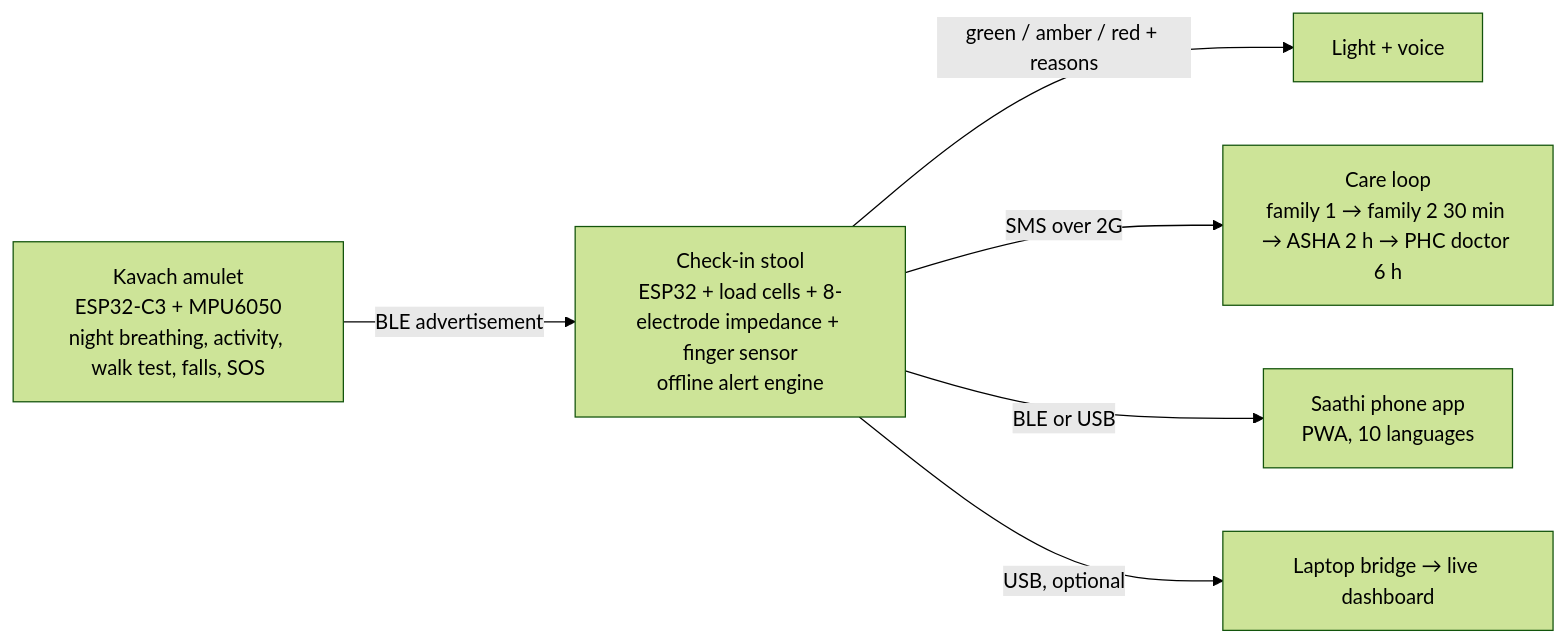
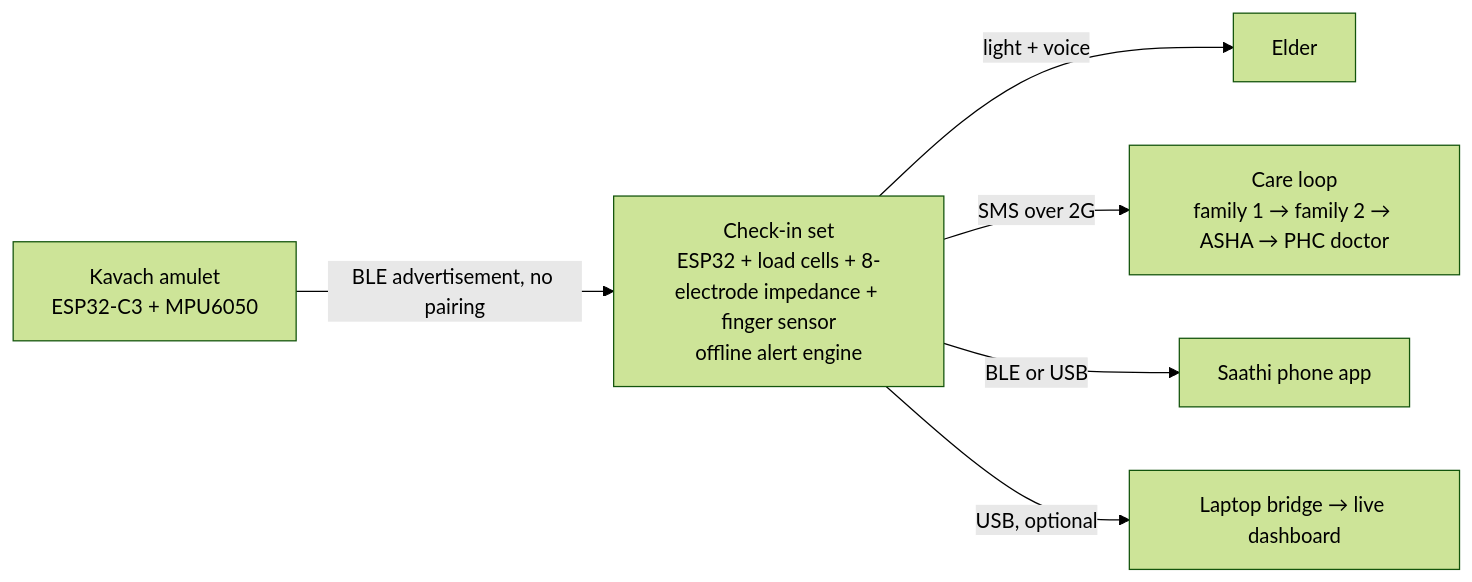
Before and after one commit to aadityaa0523/HridayMitra: the diagram in README.md, drawn with Mermaid (forest theme). The commit also changed other lines of this file, not shown here.

First line of the commit message:
README: rewrite from a full repo review; current chair design, cost, results table, app and troubleshooting

````diff
--- a/README.md
+++ b/README.md
@@ -16,8 +34,8 @@
 ```mermaid
 flowchart LR
-  A[Kavach amulet<br/>ESP32-C3 + MPU6050<br/>night breathing, activity, walk test, falls, SOS] -- BLE advertisement --> S
-  S[Check-in stool<br/>ESP32 + load cells + 8-electrode impedance + finger sensor<br/>offline alert engine] -- green / amber / red + reasons --> L[Light + voice]
-  S -- SMS over 2G --> C[Care loop<br/>family 1 → family 2 30 min → ASHA 2 h → PHC doctor 6 h]
-  S -- BLE or USB --> P[Saathi phone app<br/>PWA, 10 languages]
+  A[Kavach amulet<br/>ESP32-C3 + MPU6050] -- BLE advertisement, no pairing --> S
+  S[Check-in set<br/>ESP32 + load cells + 8-electrode impedance + finger sensor<br/>offline alert engine] -- light + voice --> E[Elder]
+  S -- SMS over 2G --> C[Care loop<br/>family 1 → family 2 → ASHA → PHC doctor]
+  S -- BLE or USB --> P[Saathi phone app]
   S -- USB, optional --> D[Laptop bridge → live dashboard]
 ```
````
